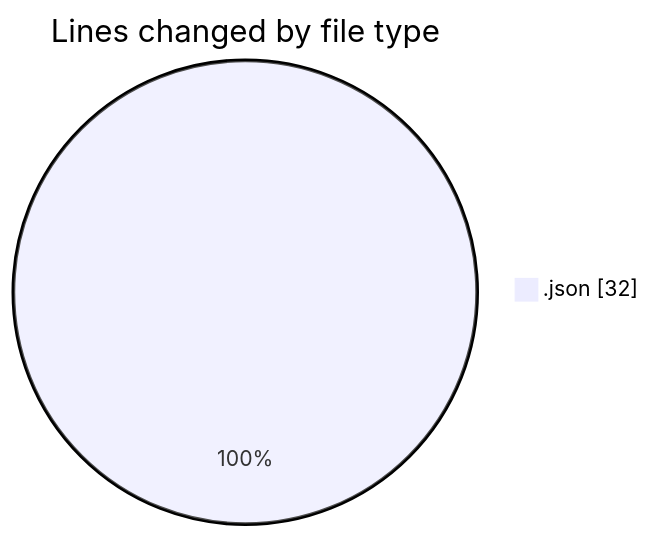
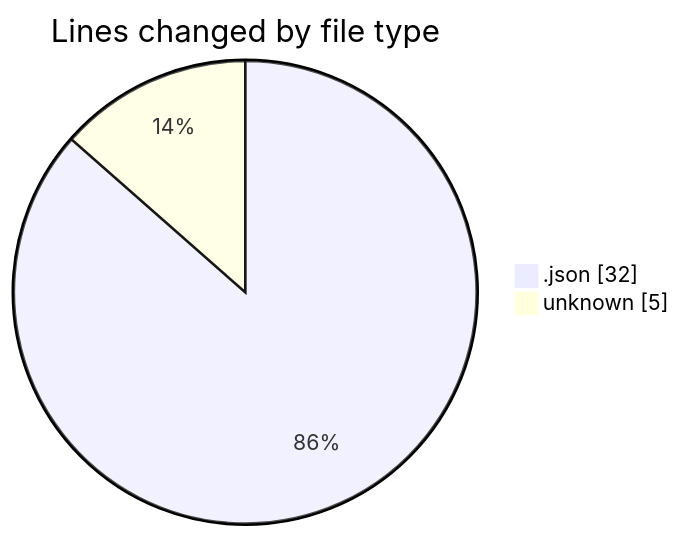
One commit to earendildev/code-tracking changed the first of 2 diagrams in 2025-05-08/scripts__workspace_/README.md. Above: the diagram before and after it, drawn with Mermaid. The commit also changed other lines of this file and 1 other file, not shown here.

````diff
--- a/2025-05-08/scripts__workspace_/README.md
+++ b/2025-05-08/scripts__workspace_/README.md
@@ -20,5 +21,6 @@
 ```mermaid
 pie showData
 title Lines changed by file type
 ".json" : 32
+"unknown" : 5
 ```
````
